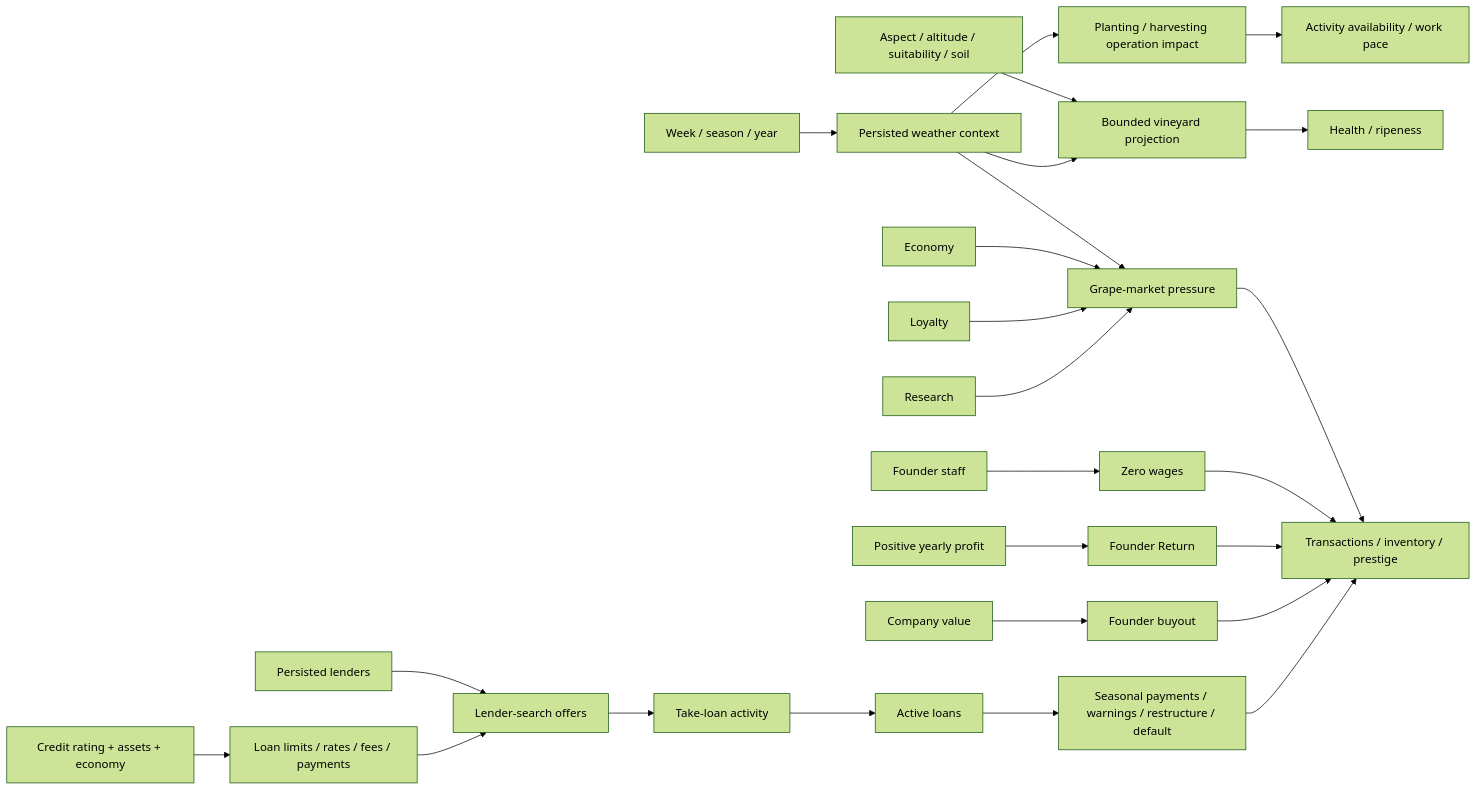
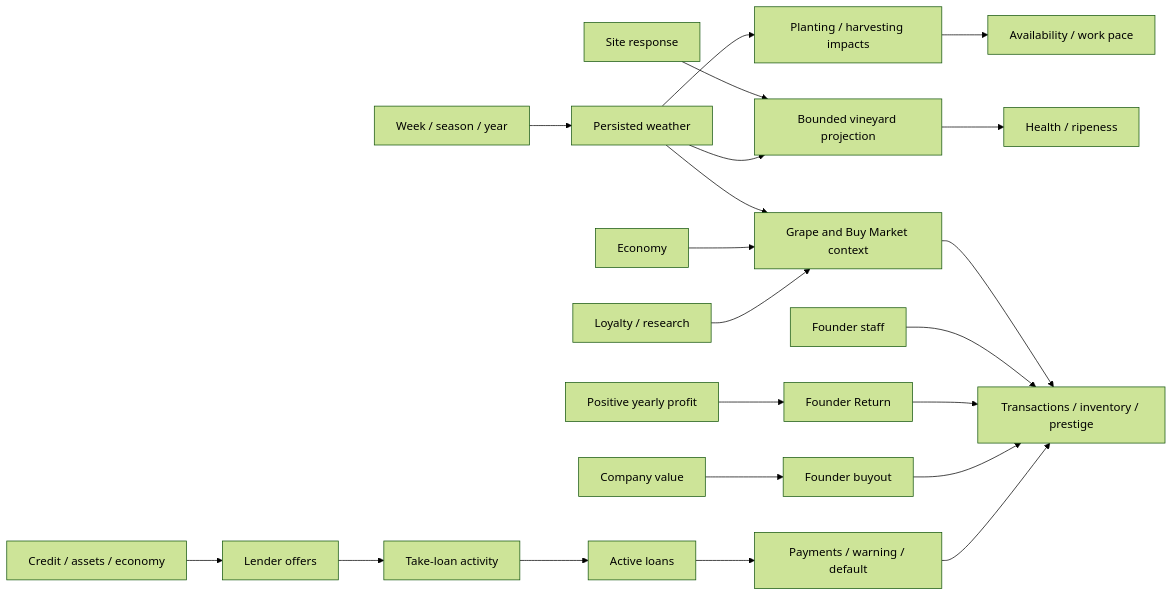
One commit to gram12321/winemaker04 changed the third of 3 diagrams in docs/WineSystem_VariableRelationshipMap.md. Above: the diagram before and after it, drawn with Mermaid (forest theme). The commit also changed other lines of this file and 5 other files, not shown here.

````diff
--- a/docs/WineSystem_VariableRelationshipMap.md
+++ b/docs/WineSystem_VariableRelationshipMap.md
@@ -97,19 +66,15 @@
 ```mermaid
 flowchart LR
-  TIME["Week / season / year"] --> WTH["Persisted weather context"]
-  SITE["Aspect / altitude / suitability / soil"] --> PROJ["Bounded vineyard projection"]
-  WTH --> PROJ --> VINE["Health / ripeness"]
-  WTH --> OPS["Planting / harvesting operation impact"] --> WORK["Activity availability / work pace"]
-  WTH --> MARKET["Grape-market pressure"]
-  ECO["Economy"] --> MARKET
-  LOY["Loyalty"] --> MARKET
-  RES["Research"] --> MARKET
+  TIME["Week / season / year"] --> WX["Persisted weather"]
+  SITE["Site response"] --> PROJ["Bounded vineyard projection"]
+  WX --> PROJ --> VINE["Health / ripeness"]
+  WX --> OPS["Planting / harvesting impacts"] --> WORK["Availability / work pace"]
+  WX --> MARKET["Grape and Buy Market context"]
+  ECONOMY["Economy"] --> MARKET
+  LOYALTY["Loyalty / research"] --> MARKET
   MARKET --> CASH["Transactions / inventory / prestige"]
-  STAFF["Founder staff"] --> ZERO["Zero wages"] --> CASH
+  STAFF["Founder staff"] --> CASH
   PROFIT["Positive yearly profit"] --> RETURN["Founder Return"] --> CASH
   VALUE["Company value"] --> BUYOUT["Founder buyout"] --> CASH
-  CREDIT["Credit rating + assets + economy"] --> TERMS["Loan limits / rates / fees / payments"]
-  LENDERS["Persisted lenders"] --> OFFERS["Lender-search offers"]
-  TERMS --> OFFERS --> ACTIVITY["Take-loan activity"] --> LOANS["Active loans"]
-  LOANS --> PAYMENTS["Seasonal payments / warnings / restructure / default"] --> CASH
+  CREDIT["Credit / assets / economy"] --> OFFERS["Lender offers"] --> ACTIVITY["Take-loan activity"] --> LOANS["Active loans"] --> PAYMENTS["Payments / warning / default"] --> CASH
 ```
````
